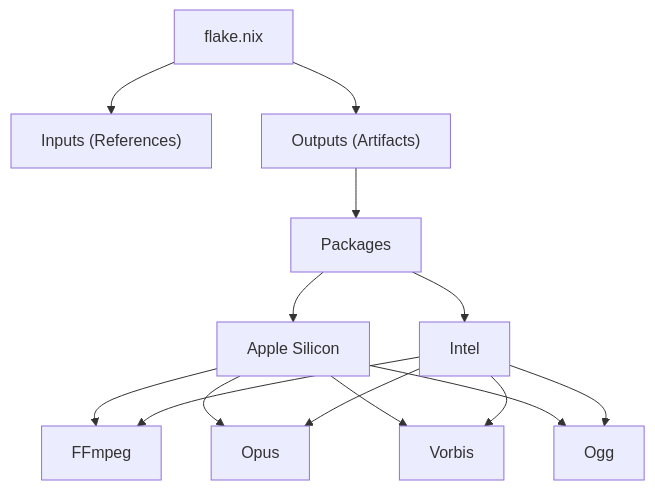
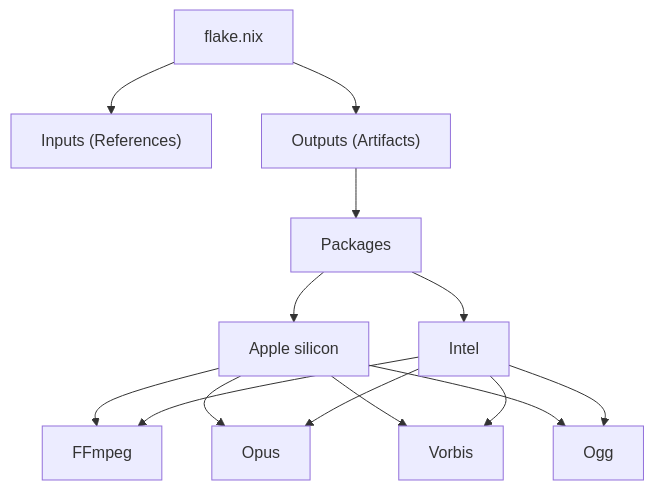
The second of 2 diagrams in src/lib/server/resources/articles/using-nix-to-manage-swift-project-dependencies.md (kyleerhabor/hello), drawn with Mermaid before and after one commit.

Commit message:
Punctuation

````diff
--- a/src/lib/server/resources/articles/using-nix-to-manage-swift-project-dependencies.md
+++ b/src/lib/server/resources/articles/using-nix-to-manage-swift-project-dependencies.md
@@ -130,16 +130,16 @@
 ```mermaid
 graph TD
   flake["flake.nix"] --> inputs["Inputs (References)"]
   flake --> outputs["Outputs (Artifacts)"]
   outputs --> packages["Packages"]
-  packages --> arm["Apple Silicon"]
+  packages --> arm["Apple silicon"]
   packages --> x86["Intel"]
   arm --> ffmpeg["FFmpeg"]
   arm --> opus["Opus"]
   arm --> vorbis["Vorbis"]
   arm --> ogg["Ogg"]
   x86 --> ffmpeg
   x86 --> opus
   x86 --> vorbis
   x86 --> ogg
 ```
````
